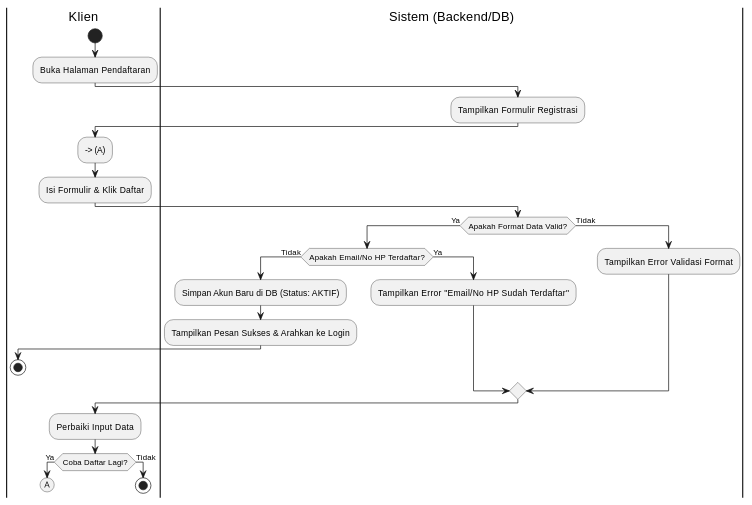
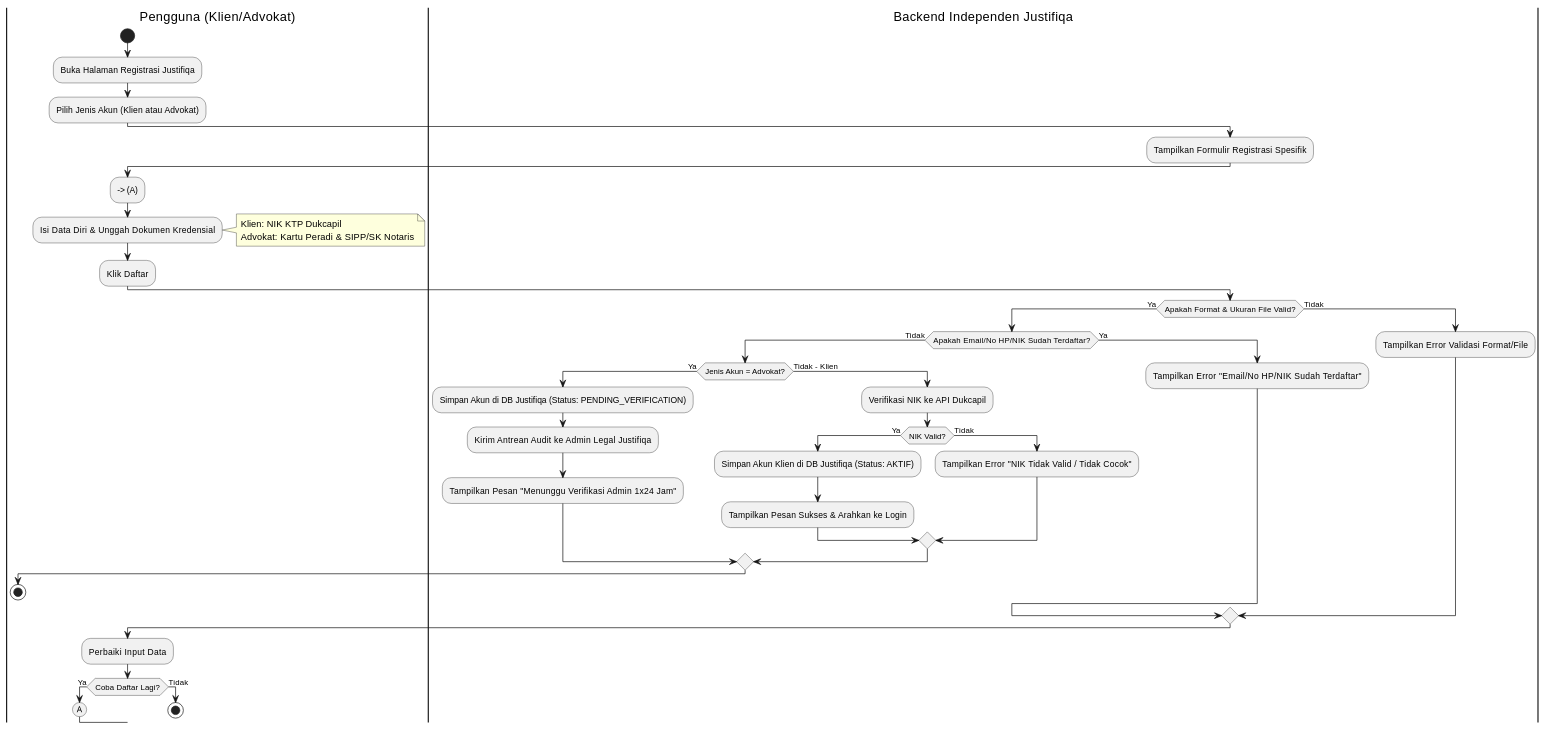
One commit to tupperwureism/SuperApp-Gagal changed the first of 20 diagrams in MarkDown/plantuml_activity_diagrams.md. Above: the diagram before and after it, drawn with PlantUML. The commit also changed other lines of this file and 60 other files, not shown here.

````diff
--- a/MarkDown/plantuml_activity_diagrams.md
+++ b/MarkDown/plantuml_activity_diagrams.md
@@ -18,39 +20,55 @@
 ```plantuml
 @startuml
-|Klien|
+|Pengguna (Klien/Advokat)|
 start
-:Buka Halaman Pendaftaran;
+:Buka Halaman Registrasi Justifiqa;
+:Pilih Jenis Akun (Klien atau Advokat);
 
-|Sistem (Backend/DB)|
-:Tampilkan Formulir Registrasi;
+|Backend Independen Justifiqa|
+:Tampilkan Formulir Registrasi Spesifik;
 
-|Klien|
+|Pengguna (Klien/Advokat)|
 --> (A)
-:Isi Formulir & Klik Daftar;
+:Isi Data Diri & Unggah Dokumen Kredensial;
+note right
+Klien: NIK KTP Dukcapil
+Advokat: Kartu Peradi & SIPP/SK Notaris
+end note
+:Klik Daftar;
 
-|Sistem (Backend/DB)|
-if (Apakah Format Data Valid?) then (Ya)
-  if (Apakah Email/No HP Terdaftar?) then (Tidak)
-    :Simpan Akun Baru di DB (Status: AKTIF);
-    :Tampilkan Pesan Sukses & Arahkan ke Login;
-    |Klien|
+|Backend Independen Justifiqa|
+if (Apakah Format & Ukuran File Valid?) then (Ya)
+  if (Apakah Email/No HP/NIK Sudah Terdaftar?) then (Tidak)
+    if (Jenis Akun = Advokat?) then (Ya)
+      :Simpan Akun di DB Justifiqa (Status: PENDING_VERIFICATION);
+      :Kirim Antrean Audit ke Admin Legal Justifiqa;
+      :Tampilkan Pesan "Menunggu Verifikasi Admin 1x24 Jam";
+    else (Tidak - Klien)
+      :Verifikasi NIK ke API Dukcapil;
+      if (NIK Valid?) then (Ya)
+        :Simpan Akun Klien di DB Justifiqa (Status: AKTIF);
+        :Tampilkan Pesan Sukses & Arahkan ke Login;
+      else (Tidak)
+        :Tampilkan Error "NIK Tidak Valid / Tidak Cocok";
+      endif
+    endif
+    |Pengguna (Klien/Advokat)|
     stop
   else (Ya)
-    |Sistem (Backend/DB)|
-    :Tampilkan Error "Email/No HP Sudah Terdaftar";
+    |Backend Independen Justifiqa|
+    :Tampilkan Error "Email/No HP/NIK Sudah Terdaftar";
   endif
 else (Tidak)
-  |Sistem (Backend/DB)|
-  :Tampilkan Error Validasi Format;
+  |Backend Independen Justifiqa|
+  :Tampilkan Error Validasi Format/File;
 endif
 
-|Klien|
+|Pengguna (Klien/Advokat)|
 :Perbaiki Input Data;
 if (Coba Daftar Lagi?) then (Ya)
   (A)
-  detach
 else (Tidak)
   stop
 endif
 @enduml
 ```
````
